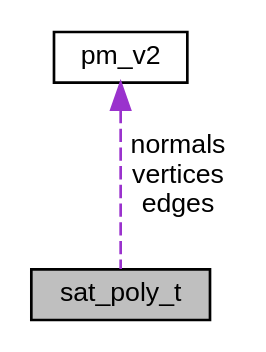
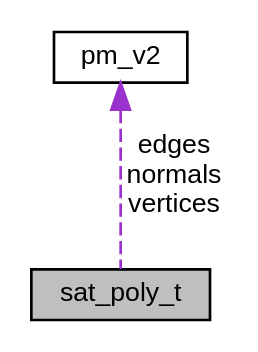
Before and after one commit to empyreanx/empyreanx.github.io: the diagram in docs/ph/structsat__poly__t__coll__graph.dot, drawn with Graphviz. The commit also changed 199 other files, not shown here.

```diff
--- a/docs/ph/structsat__poly__t__coll__graph.dot
+++ b/docs/ph/structsat__poly__t__coll__graph.dot
@@ -1,9 +1,9 @@
 digraph "sat_poly_t"
 {
  // LATEX_PDF_SIZE
   edge [fontname="Helvetica",fontsize="10",labelfontname="Helvetica",labelfontsize="10"];
   node [fontname="Helvetica",fontsize="10",shape=record];
   Node1 [label="sat_poly_t",height=0.2,width=0.4,color="black", fillcolor="grey75", style="filled", fontcolor="black",tooltip="A polygon shape Must use CCW (counter-clockwise) winding."];
-  Node2 -> Node1 [dir="back",color="darkorchid3",fontsize="10",style="dashed",label=" normals\nvertices\nedges" ,fontname="Helvetica"];
+  Node2 -> Node1 [dir="back",color="darkorchid3",fontsize="10",style="dashed",label=" edges\nnormals\nvertices" ,fontname="Helvetica"];
   Node2 [label="pm_v2",height=0.2,width=0.4,color="black", fillcolor="white", style="filled",URL="$structpm__v2.html",tooltip="A 2D vector."];
 }
```
